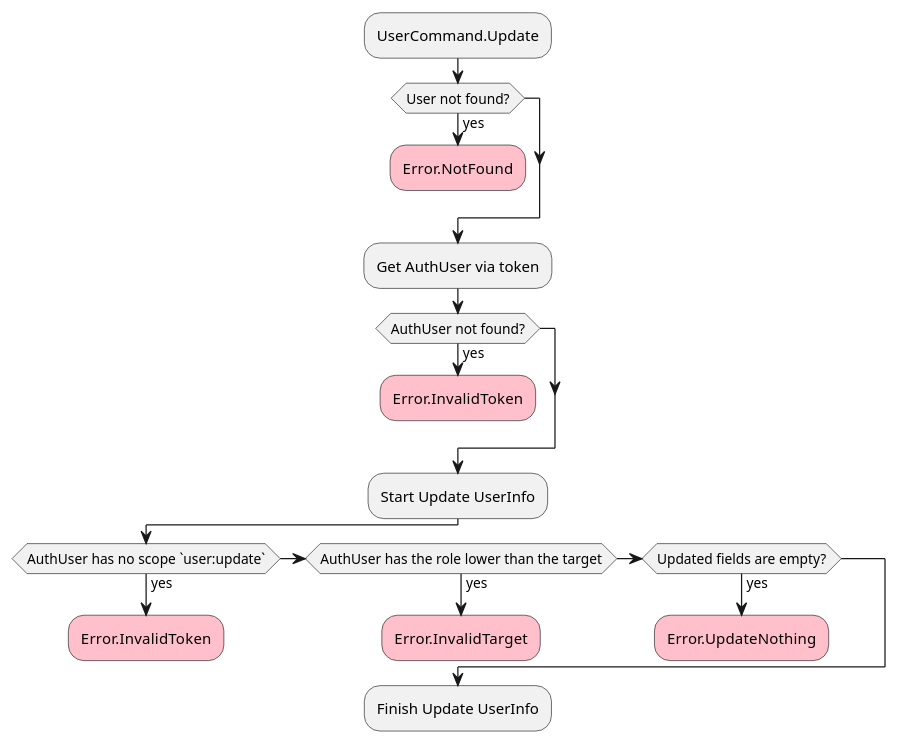
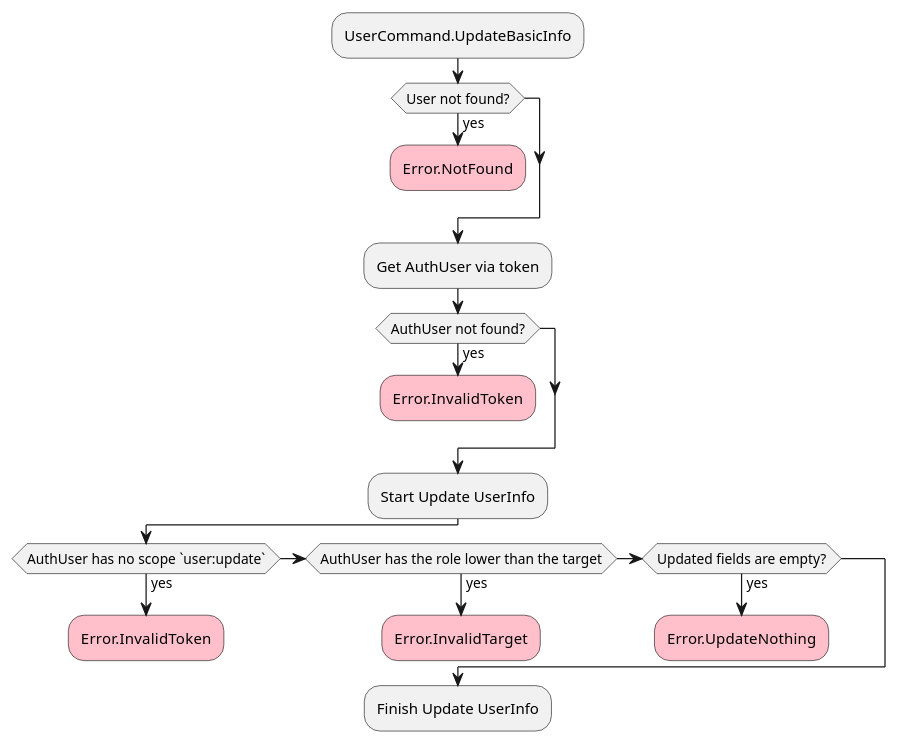
One commit to alices-wonderland/doorknob changed the ninth of 18 diagrams in docs/docs/features.md. Above: the diagram before and after it, drawn with PlantUML. The commit also changed other lines of this file and 10 other files, not shown here.

````diff
--- a/docs/docs/features.md
+++ b/docs/docs/features.md
@@ -245,26 +245,26 @@
 ```plantuml
 @startuml
-:UserCommand.Update;
+:UserCommand.UpdateBasicInfo;
 if (User not found?) then (yes)
   #pink:Error.NotFound;
   kill
 endif
 :Get AuthUser via token;
 if (AuthUser not found?) then (yes)
   #pink:Error.InvalidToken;
   kill
 endif
 :Start Update UserInfo;
 if (AuthUser has no scope `user:update`) then (yes)
   #pink:Error.InvalidToken;
   kill
 elseif (AuthUser has the role lower than the target) then (yes)
   #pink:Error.InvalidTarget;
   kill
 elseif (Updated fields are empty?) then (yes)
   #pink:Error.UpdateNothing;
   kill
 endif
 :Finish Update UserInfo;
 @enduml
 ```
````
